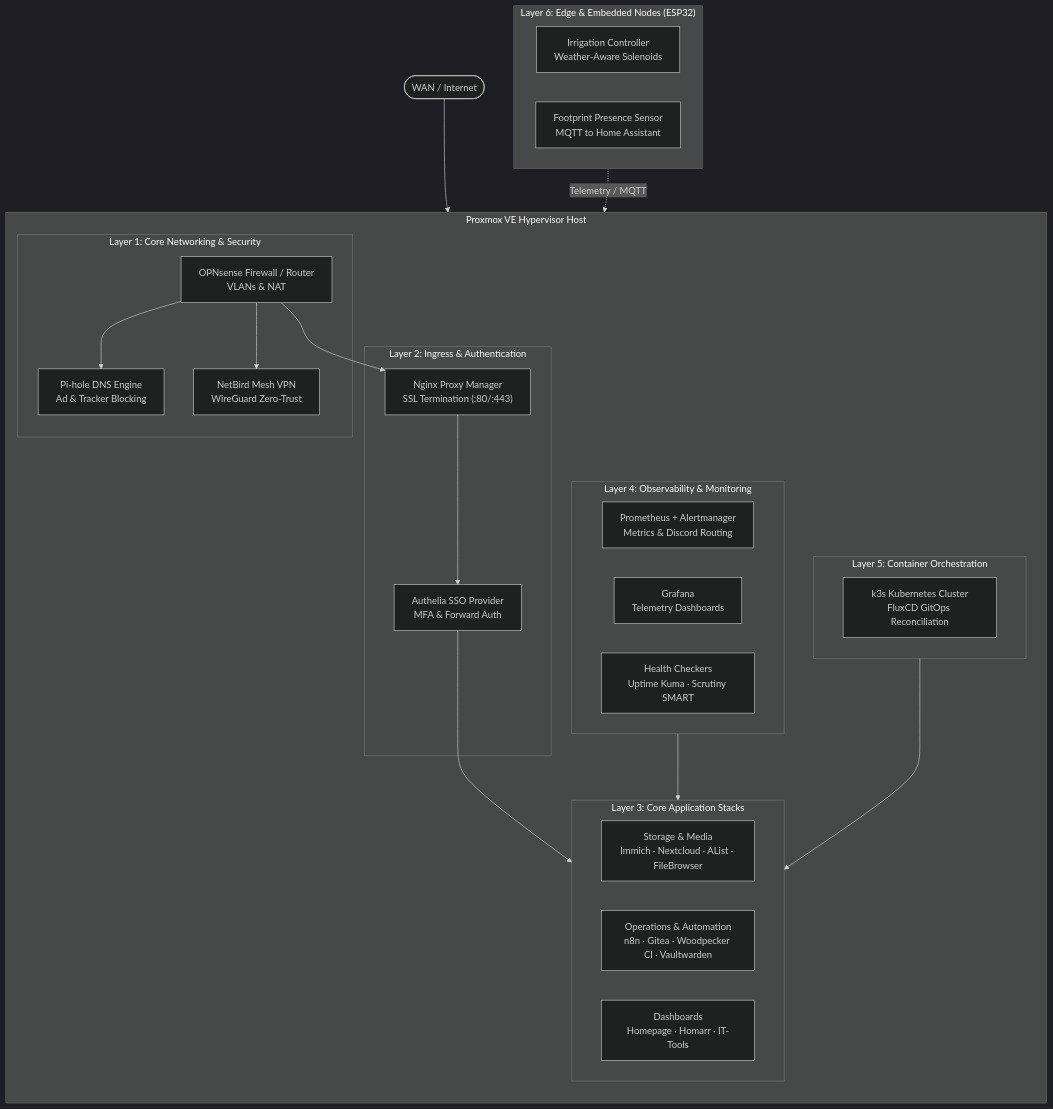
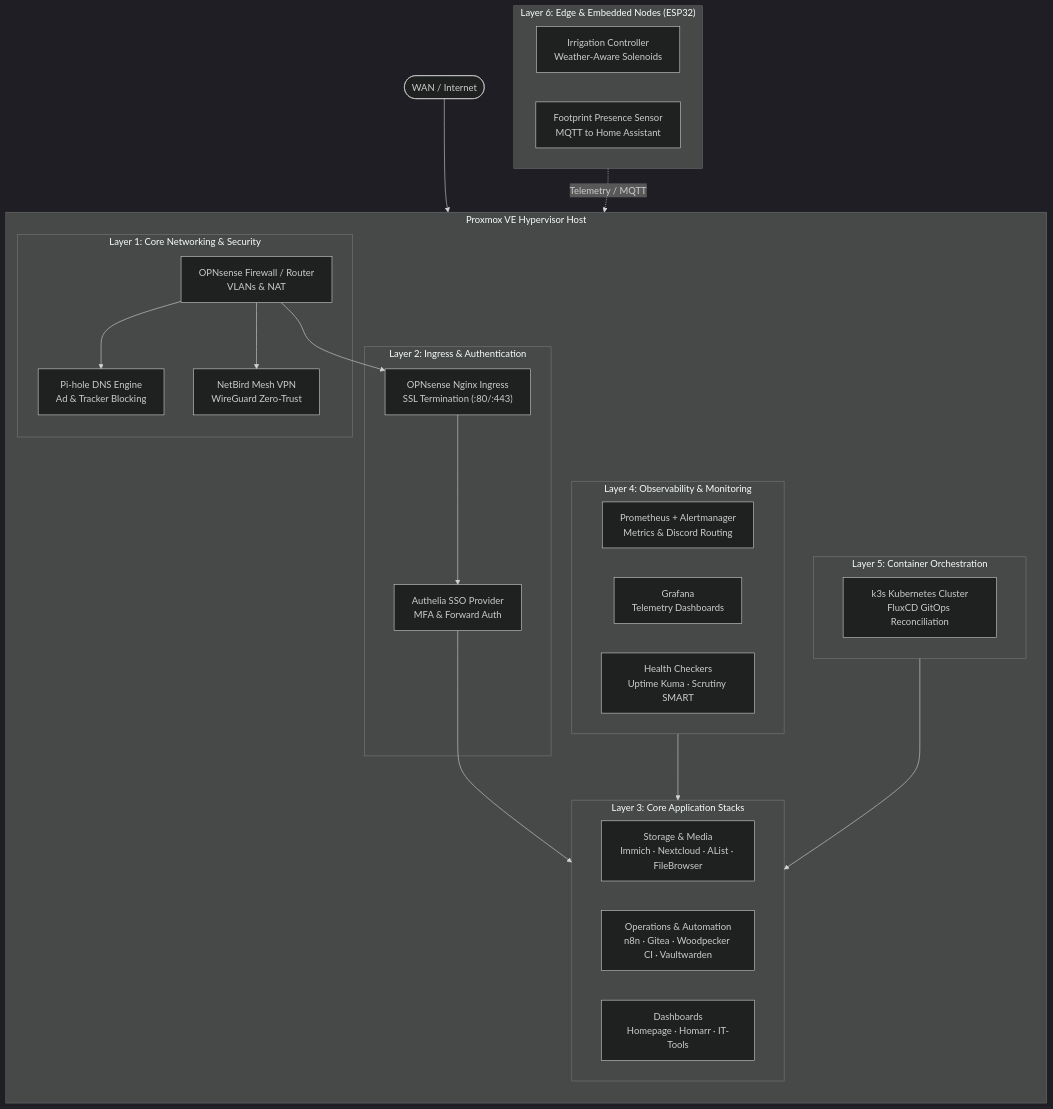
The diagram in wiki/Home.md (stefanutc1/datacenter), drawn with Mermaid (dark theme) before and after one commit. The commit also changed 25 other files, not shown here.

First line of the commit message:
feat(ingress): decommission CT 100 and migrate reverse proxy to OPNsense Core

````diff
--- a/wiki/Home.md
+++ b/wiki/Home.md
@@ -5,64 +5,64 @@
 ```mermaid
 flowchart TB
     Internet([" WAN / Internet"])
 
     subgraph PVE["Proxmox VE Hypervisor Host"]
         direction TB
 
         subgraph CORE["Layer 1: Core Networking & Security"]
             OPN["OPNsense Firewall / Router
 VLANs & NAT"]
             DNS["Pi-hole DNS Engine
 Ad & Tracker Blocking"]
             VPN["NetBird Mesh VPN
 WireGuard Zero-Trust"]
         end
 
         subgraph INGRESS["Layer 2: Ingress & Authentication"]
-            NPM["Nginx Proxy Manager
+            NPM["OPNsense Nginx Ingress
 SSL Termination (:80/:443)"]
             AUTH["Authelia SSO Provider
 MFA & Forward Auth"]
         end
 
         subgraph PLATFORM["Layer 3: Core Application Stacks"]
             STORAGE["Storage & Media
 Immich · Nextcloud · AList · FileBrowser"]
             OPS["Operations & Automation
 n8n · Gitea · Woodpecker CI · Vaultwarden"]
             DASH["Dashboards
 Homepage · Homarr · IT-Tools"]
         end
 
         subgraph OBS["Layer 4: Observability & Monitoring"]
             PROM["Prometheus + Alertmanager
 Metrics & Discord Routing"]
             GRAF["Grafana
 Telemetry Dashboards"]
             HEALTH["Health Checkers
 Uptime Kuma · Scrutiny SMART"]
         end
 
         subgraph K8S["Layer 5: Container Orchestration"]
             K3S["k3s Kubernetes Cluster
 FluxCD GitOps Reconciliation"]
         end
     end
 
     subgraph EDGE["Layer 6: Edge & Embedded Nodes (ESP32)"]
         IRR["Irrigation Controller
 Weather-Aware Solenoids"]
         PIR["Footprint Presence Sensor
 MQTT to Home Assistant"]
     end
 
     Internet --> OPN
     OPN --> NPM
     NPM --> AUTH
     AUTH --> PLATFORM
     OPN --> DNS
     OPN --> VPN
     OBS --> PLATFORM
     K8S --> PLATFORM
     EDGE -.->|"Telemetry / MQTT"| PLATFORM
 ```
````
